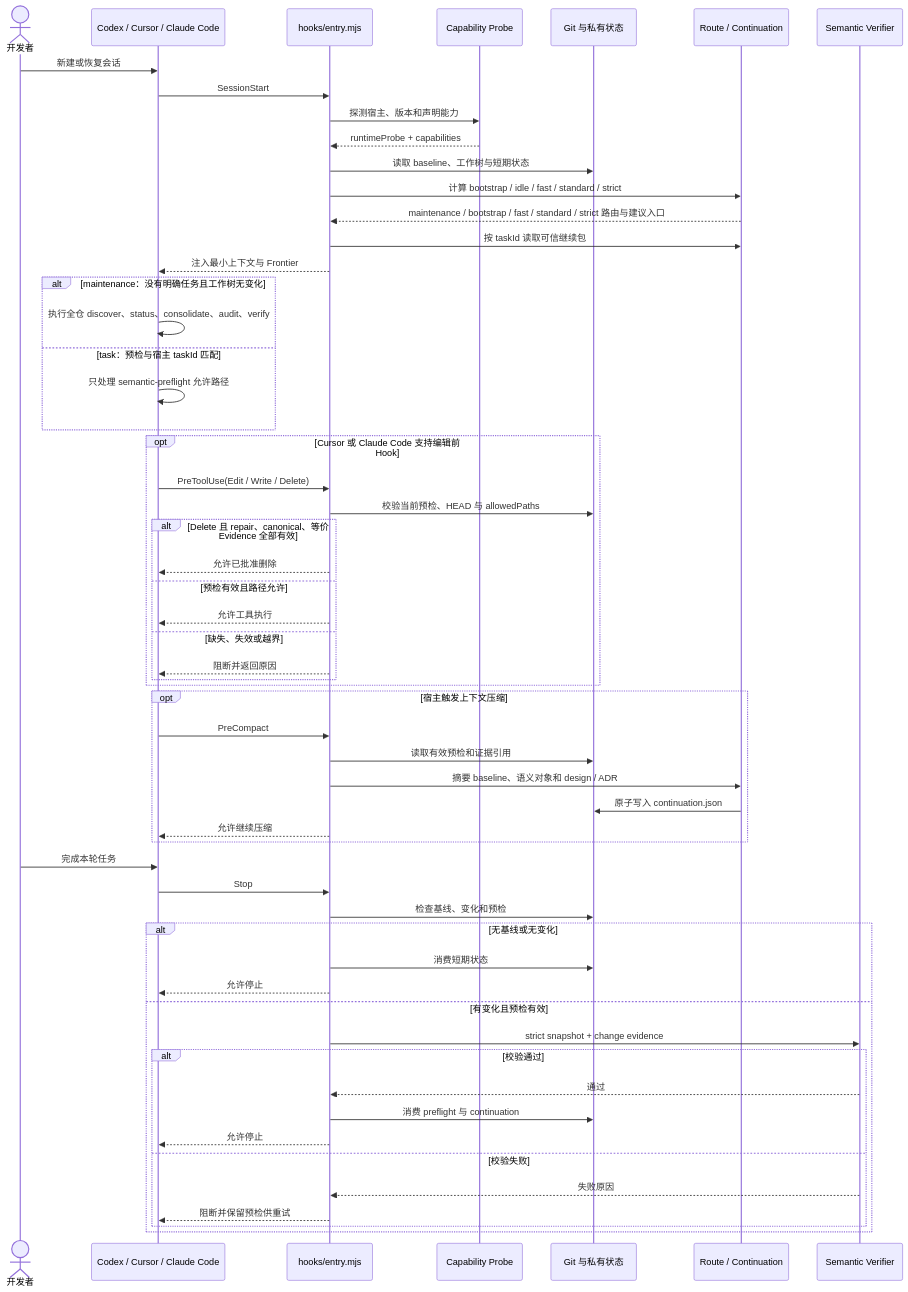
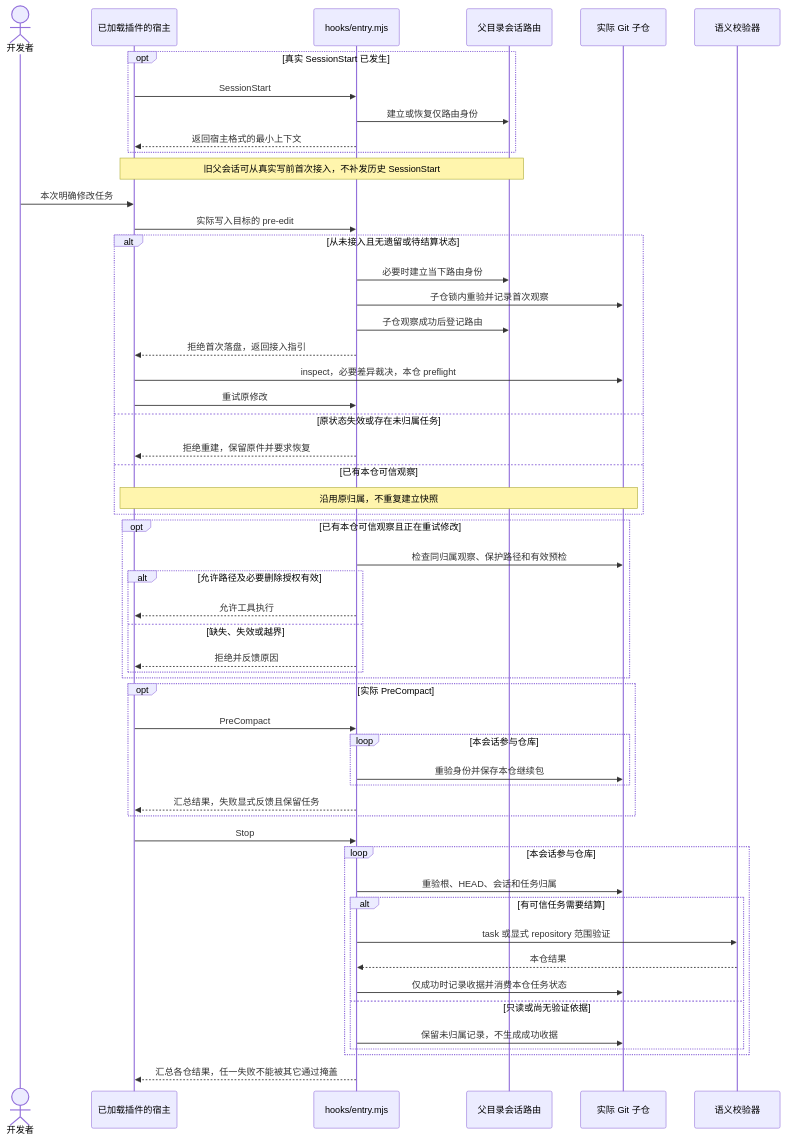
One commit to EchoYue-lp/echo-semantic changed the eighth of 11 diagrams in docs/supreme/specs/plugin-architecture/design.md. Above: the diagram before and after it, drawn with Mermaid. The commit also changed other lines of this file and 43 other files, not shown here.

````diff
--- a/docs/supreme/specs/plugin-architecture/design.md
+++ b/docs/supreme/specs/plugin-architecture/design.md
@@ -430,64 +432,57 @@
 ```mermaid
 sequenceDiagram
   actor User as 开发者
-  participant Host as Codex / Cursor / Claude Code
+  participant Host as 已加载插件的宿主
   participant Hook as hooks/entry.mjs
-  participant Probe as Capability Probe
-  participant Git as Git 与私有状态
-  participant Runtime as Route / Continuation
-  participant Verify as Semantic Verifier
+  participant Workspace as 父目录会话路由
+  participant Repo as 实际 Git 子仓
+  participant Verify as 语义校验器
 
-  User->>Host: 新建或恢复会话
-  Host->>Hook: SessionStart
-  Hook->>Probe: 探测宿主、版本和声明能力
-  Probe-->>Hook: runtimeProbe + capabilities
-  Hook->>Git: 读取 baseline、工作树与短期状态
-  Hook->>Runtime: 计算 bootstrap / idle / fast / standard / strict
-  Runtime-->>Hook: maintenance / bootstrap / fast / standard / strict 路由与建议入口
-  Hook->>Runtime: 按 taskId 读取可信继续包
-  Hook-->>Host: 注入最小上下文与 Frontier
-
-  alt maintenance：没有明确任务且工作树无变化
-    Host->>Host: 执行全仓 discover、status、consolidate、audit、verify
-  else task：预检与宿主 taskId 匹配
-    Host->>Host: 只处理 semantic-preflight 允许路径
+  opt 真实 SessionStart 已发生
+    Host->>Hook: SessionStart
+    Hook->>Workspace: 建立或恢复仅路由身份
+    Hook-->>Host: 返回宿主格式的最小上下文
   end
-
-  opt Cursor 或 Claude Code 支持编辑前 Hook
-    Host->>Hook: PreToolUse(Edit / Write / Delete)
-    Hook->>Git: 校验当前预检、HEAD 与 allowedPaths
-    alt Delete 且 repair、canonical、等价 Evidence 全部有效
-      Hook-->>Host: 允许已批准删除
-    else 预检有效且路径允许
-      Hook-->>Host: 允许工具执行
-    else 缺失、失效或越界
-      Hook-->>Host: 阻断并返回原因
+  Note over Host,Workspace: 旧父会话可从真实写前首次接入，不补发历史 SessionStart
+  User->>Host: 本次明确修改任务
+  Host->>Hook: 实际写入目标的 pre-edit
+  alt 从未接入且无遗留或待结算状态
+    Hook->>Workspace: 必要时建立当下路由身份
+    Hook->>Repo: 子仓锁内重验并记录首次观察
+    Hook->>Workspace: 子仓观察成功后登记路由
+    Hook-->>Host: 拒绝首次落盘，返回接入指引
+    Host->>Repo: inspect，必要差异裁决，本仓 preflight
+    Host->>Hook: 重试原修改
+  else 原状态失效或存在未归属任务
+    Hook-->>Host: 拒绝重建，保留原件并要求恢复
+  else 已有本仓可信观察
+    Note over Host,Repo: 沿用原归属，不重复建立快照
+  end
+  opt 已有本仓可信观察且正在重试修改
+  Hook->>Repo: 检查同归属观察、保护路径和有效预检
+  alt 允许路径及必要删除授权有效
+    Hook-->>Host: 允许工具执行
+  else 缺失、失效或越界
+    Hook-->>Host: 拒绝并反馈原因
+  end
+  end
+  opt 实际 PreCompact
+    Host->>Hook: PreCompact
+    loop 本会话参与仓库
+      Hook->>Repo: 重验身份并保存本仓继续包
+    end
+    Hook-->>Host: 汇总结果，失败显式反馈且保留任务
+  end
+  Host->>Hook: Stop
+  loop 本会话参与仓库
+    Hook->>Repo: 重验根、HEAD、会话和任务归属
+    alt 有可信任务需要结算
+      Hook->>Verify: task 或显式 repository 范围验证
+      Verify-->>Hook: 本仓结果
+      Hook->>Repo: 仅成功时记录收据并消费本仓任务状态
+    else 只读或尚无验证依据
+      Hook->>Repo: 保留未归属记录，不生成成功收据
     end
   end
-
-  opt 宿主触发上下文压缩
-    Host->>Hook: PreCompact
-    Hook->>Git: 读取有效预检和证据引用
-    Hook->>Runtime: 摘要 baseline、语义对象和 design / ADR
-    Runtime->>Git: 原子写入 continuation.json
-    Hook-->>Host: 允许继续压缩
-  end
-
-  User->>Host: 完成本轮任务
-  Host->>Hook: Stop
-  Hook->>Git: 检查基线、变化和预检
-  alt 无基线或无变化
-    Hook->>Git: 消费短期状态
-    Hook-->>Host: 允许停止
-  else 有变化且预检有效
-    Hook->>Verify: strict snapshot + change evidence
-    alt 校验通过
-      Verify-->>Hook: 通过
-      Hook->>Git: 消费 preflight 与 continuation
-      Hook-->>Host: 允许停止
-    else 校验失败
-      Verify-->>Hook: 失败原因
-      Hook-->>Host: 阻断并保留预检供重试
-    end
-  end
+  Hook-->>Host: 汇总各仓结果，任一失败不能被其它通过掩盖
 ```
````
